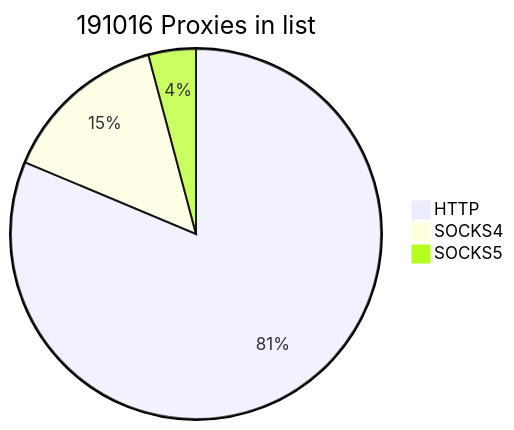
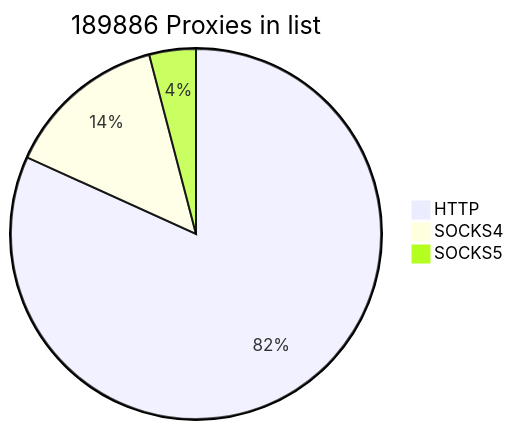
One commit to cutipu/proxylist changed the first of 2 diagrams in README.md. Above: the diagram before and after it, drawn with Mermaid. The commit also changed other lines of this file, not shown here.

````diff
--- a/README.md
+++ b/README.md
@@ -2,7 +2,7 @@
 ```mermaid
-pie title 191016 Proxies in list
-    "HTTP" : 155330
-    "SOCKS4" : 27786
-    "SOCKS5" : 7900
+pie title 189886 Proxies in list
+    "HTTP" : 155284
+    "SOCKS4" : 26883
+    "SOCKS5" : 7719
             
 ```
````
